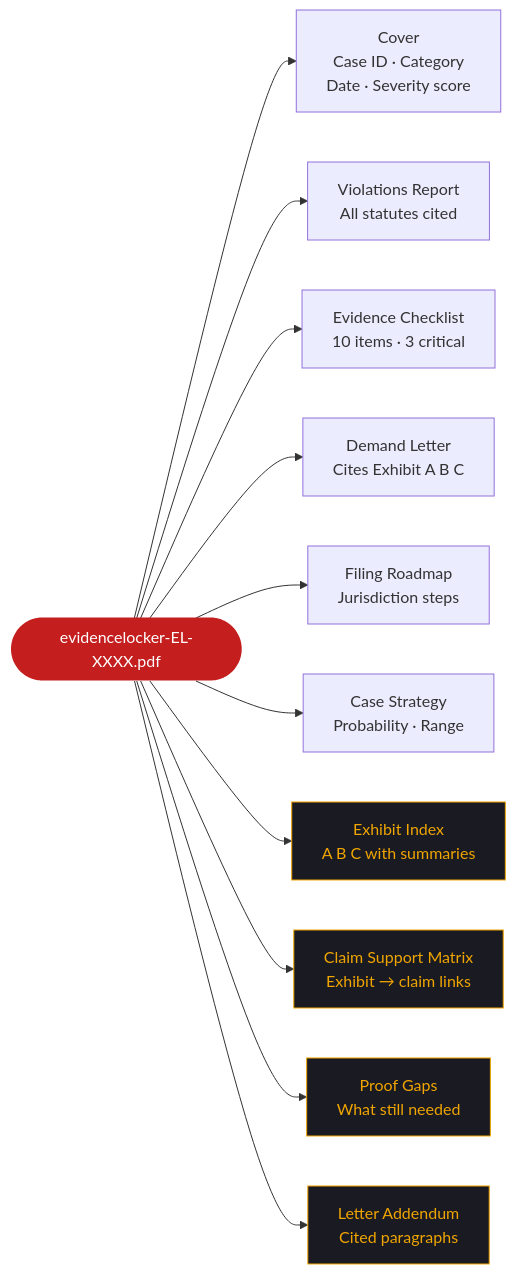
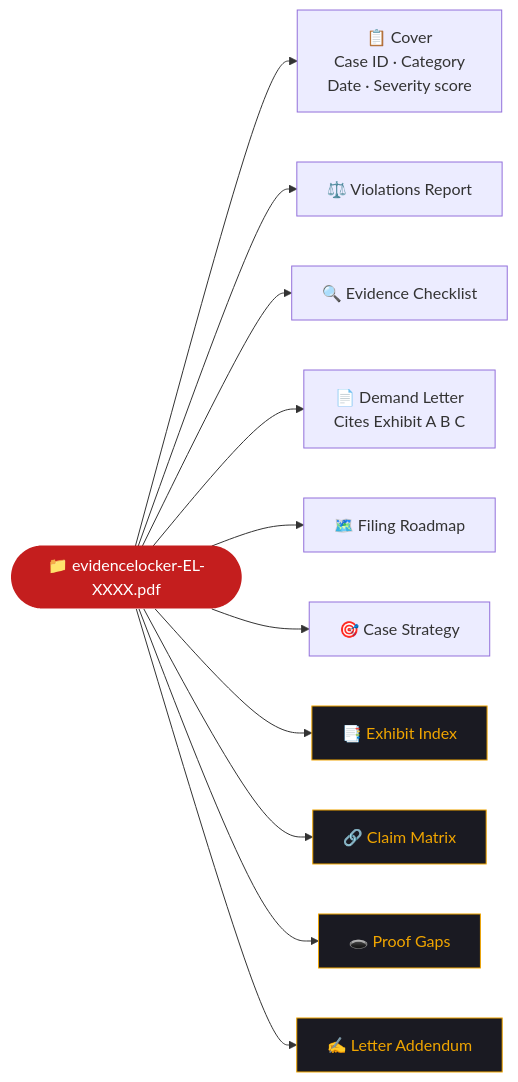
Before and after one commit to Iceman-Dann/Evidence-Locker: the ninth of 12 diagrams in README.md, drawn with Mermaid. The commit also changed other lines of this file, not shown here.

````diff
--- a/README.md
+++ b/README.md
@@ -343,21 +364,21 @@
 ```mermaid
 flowchart LR
-    PDF(["evidencelocker-EL-XXXX.pdf"])
+    PDF(["📁 evidencelocker-EL-XXXX.pdf"])
 
-    PDF --> C["Cover\nCase ID · Category\nDate · Severity score"]
-    PDF --> P1["Violations Report\nAll statutes cited"]
-    PDF --> P2["Evidence Checklist\n10 items · 3 critical"]
-    PDF --> P3["Demand Letter\nCites Exhibit A B C"]
-    PDF --> P4["Filing Roadmap\nJurisdiction steps"]
-    PDF --> P5["Case Strategy\nProbability · Range"]
-    PDF --> X1["Exhibit Index\nA B C with summaries"]
-    PDF --> X2["Claim Support Matrix\nExhibit → claim links"]
-    PDF --> X3["Proof Gaps\nWhat still needed"]
-    PDF --> X4["Letter Addendum\nCited paragraphs"]
+    PDF --> C["📋 Cover\nCase ID · Category\nDate · Severity score"]
+    PDF --> P1["⚖️ Violations Report"]
+    PDF --> P2["🔍 Evidence Checklist"]
+    PDF --> P3["📄 Demand Letter\nCites Exhibit A B C"]
+    PDF --> P4["🗺️ Filing Roadmap"]
+    PDF --> P5["🎯 Case Strategy"]
+    PDF --> X1["📑 Exhibit Index"]
+    PDF --> X2["🔗 Claim Matrix"]
+    PDF --> X3["🕳️ Proof Gaps"]
+    PDF --> X4["✍️ Letter Addendum"]
 
     style PDF fill:#C41E1E,color:#fff,stroke:none
     style X1 fill:#1A1A22,color:#F0A500,stroke:#F0A500
     style X2 fill:#1A1A22,color:#F0A500,stroke:#F0A500
     style X3 fill:#1A1A22,color:#F0A500,stroke:#F0A500
     style X4 fill:#1A1A22,color:#F0A500,stroke:#F0A500
 ```
````
